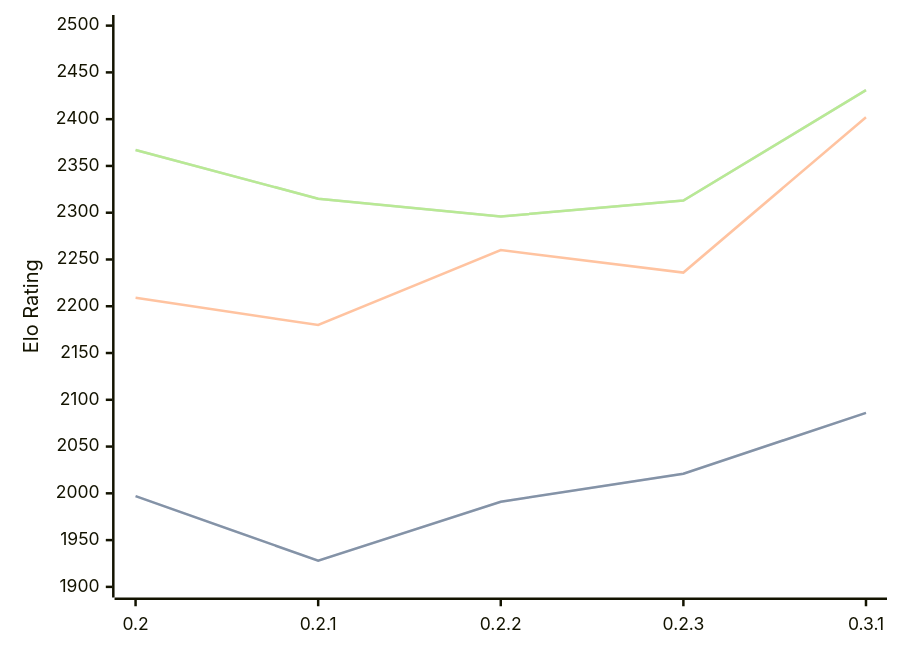
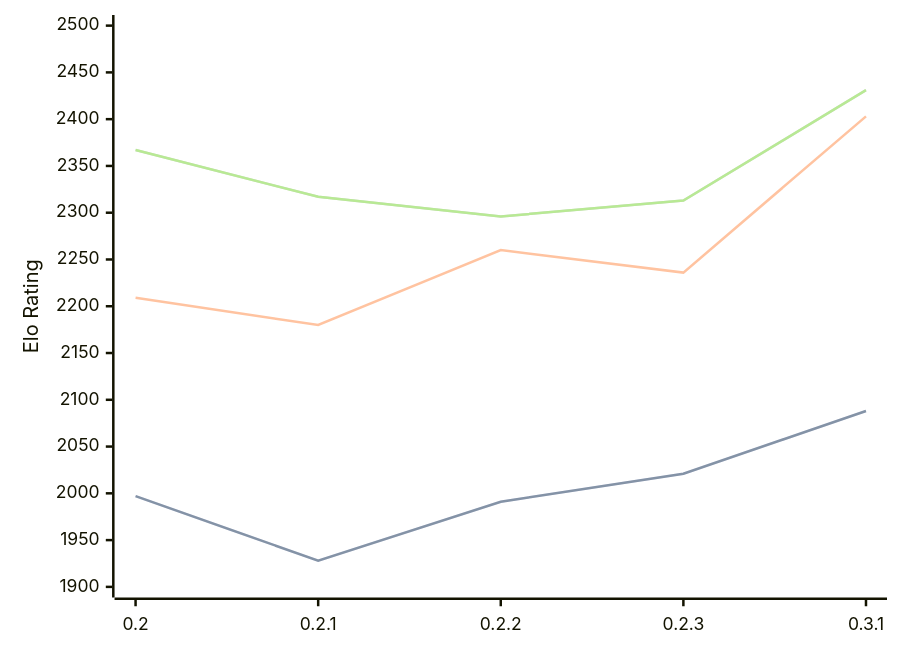
One commit to computer-chess-index/cci changed the diagram in engines/Lolbot.md. Above: the diagram before and after it, drawn with Mermaid. The commit also changed other lines of this file, not shown here.

Commit message:
Update CCI Ratings (ELO VLTC) - 2026-08-25

````diff
--- a/engines/Lolbot.md
+++ b/engines/Lolbot.md
@@ -35,11 +35,11 @@
 ```mermaid
 %%{init: {"theme":"base","themeVariables":{"seriesColors:['#a3a3a3','#222221','#faa371']}}}%%
 xychart-beta
   x-axis ["0.2", "0.2.1", "0.2.2", "0.2.3", "0.3.1"]
   y-axis "Elo Rating" 1900 --> 2500
-  line "STC (8.0+0.08s)" [1997, 1928, 1991, 2021, 2086]
-  line "STC (8.0+0.08s)" [1997, 1928, 1991, 2021, 2086]
-  line "LTC (60.0+0.60s)" [2209, 2180, 2260, 2236, 2402]
-  line "VLTC (2m24s+1.12s)" [2367, 2315, 2296, 2313, 2431]
-  line "VLTC (2m24s+1.12s)" [2367, 2315, 2296, 2313, 2431]
+  line "STC (8.0+0.08s)" [1997, 1928, 1991, 2021, 2088]
+  line "STC (8.0+0.08s)" [1997, 1928, 1991, 2021, 2088]
+  line "LTC (60.0+0.60s)" [2209, 2180, 2260, 2236, 2403]
+  line "VLTC (2m24s+1.12s)" [2367, 2317, 2296, 2313, 2431]
+  line "VLTC (2m24s+1.12s)" [2367, 2317, 2296, 2313, 2431]
 ```
````
